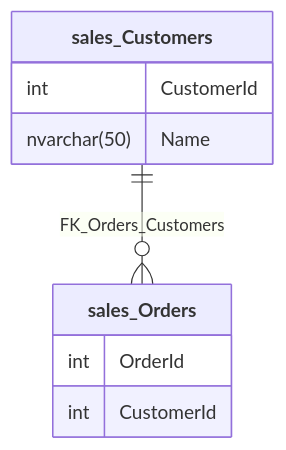
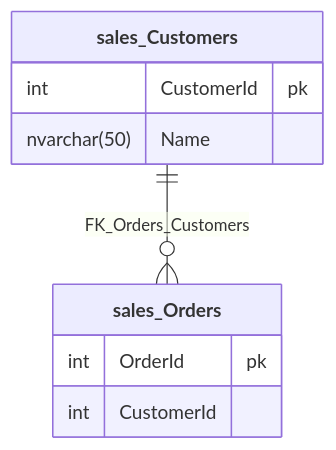
The diagram in src/SqlServerToMermaid.Tests/Tests.RenderMarkdownFromScriptWithSchema.verified.md (SimonCropp/DbToMermaid), drawn with Mermaid before and after one commit. The commit also changed 14 other files, not shown here.

````diff
--- a/src/SqlServerToMermaid.Tests/Tests.RenderMarkdownFromScriptWithSchema.verified.md
+++ b/src/SqlServerToMermaid.Tests/Tests.RenderMarkdownFromScriptWithSchema.verified.md
@@ -1,12 +1,12 @@
 ```mermaid
 erDiagram
   sales_Customers["**sales_Customers**"] {
-    int CustomerId
+    int CustomerId pk
     nvarchar(50) Name
   }
   sales_Orders["**sales_Orders**"] {
-    int OrderId
+    int OrderId pk
     int CustomerId
   }
   sales_Customers ||--o{ sales_Orders : "FK_Orders_Customers"
 ```
````
